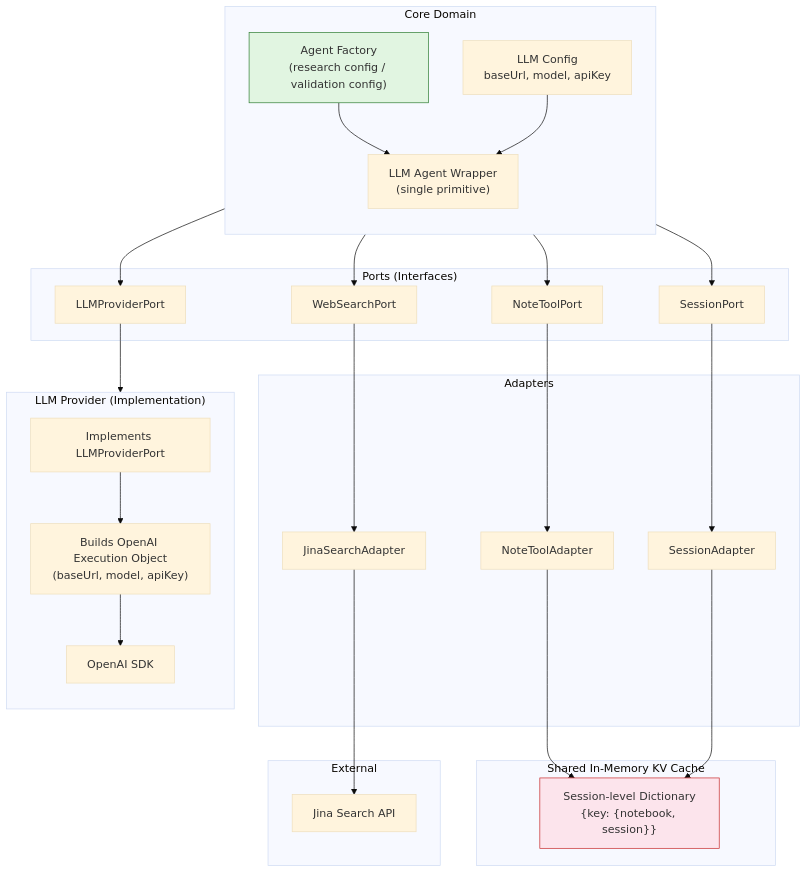
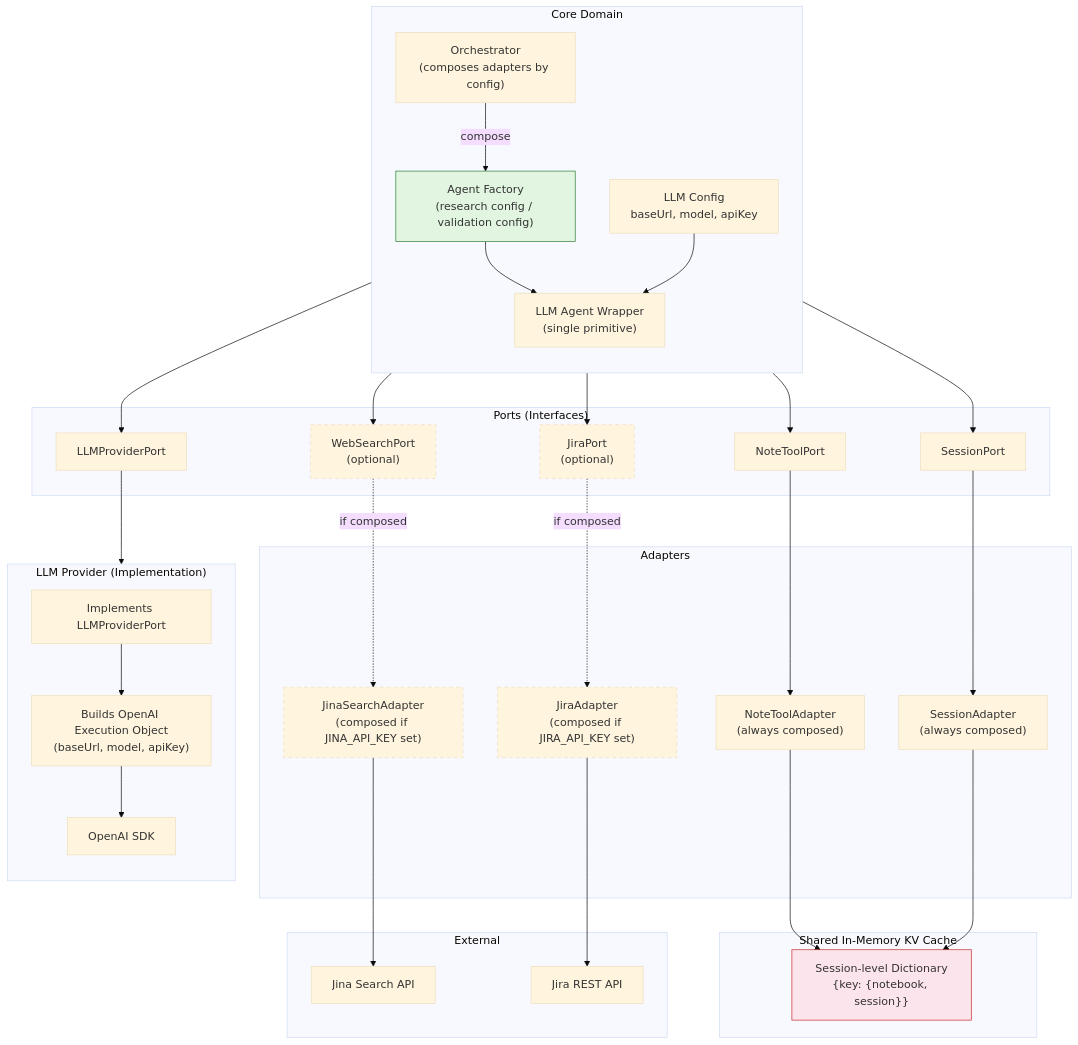
One commit to Glitch-guy0/self-consistency-research-agent changed the fourth of 5 diagrams in _bmad-output/planning-artifacts/architecture-diagrams.md. Above: the diagram before and after it, drawn with Mermaid (base theme). The commit also changed other lines of this file and 1 other file, not shown here.

````diff
--- a/_bmad-output/planning-artifacts/architecture-diagrams.md
+++ b/_bmad-output/planning-artifacts/architecture-diagrams.md
@@ -135,60 +145,72 @@
 ```mermaid
 flowchart TB
     subgraph Ports["Ports (Interfaces)"]
         IP_LM["LLMProviderPort"]
-        IP_Web["WebSearchPort"]
+        IP_Web["WebSearchPort\n(optional)"]
+        IP_Jira["JiraPort\n(optional)"]
         IP_Note["NoteToolPort"]
         IP_Session["SessionPort"]
     end
 
     subgraph CoreHex["Core Domain"]
         direction TB
         Wrapper["LLM Agent Wrapper\n(single primitive)"]
         Factory["Agent Factory\n(research config / validation config)"]
+        Orch["Orchestrator\n(composes adapters by config)"]
         LLMConfig["LLM Config\nbaseUrl, model, apiKey"]
     end
 
     subgraph AdaptersHex["Adapters"]
-        JinaAdapter["JinaSearchAdapter"]
-        NoteAdapter["NoteToolAdapter"]
-        SessionAdapter["SessionAdapter"]
+        JinaAdapter["JinaSearchAdapter\n(composed if JINA_API_KEY set)"]
+        JiraAdapter["JiraAdapter\n(composed if JIRA_API_KEY set)"]
+        NoteAdapter["NoteToolAdapter\n(always composed)"]
+        SessionAdapter["SessionAdapter\n(always composed)"]
     end
 
     subgraph LLM_Impl["LLM Provider (Implementation)"]
         direction TB
         LLM_IF["Implements LLMProviderPort"]
         Builder["Builds OpenAI Execution Object\n(baseUrl, model, apiKey)"]
         SDK["OpenAI SDK"]
     end
 
     subgraph Storage["Shared In-Memory KV Cache"]
         KVCache["Session-level Dictionary\n{key: {notebook, session}}"]
     end
 
     subgraph External["External"]
         JinaAPI["Jina Search API"]
+        JiraExt["Jira REST API"]
     end
 
+    Orch -->|compose| Factory
     Factory --> Wrapper
     Wrapper --> IP_LM
     Wrapper --> IP_Web
+    Wrapper --> IP_Jira
     Wrapper --> IP_Note
     Wrapper --> IP_Session
     LLMConfig --> Wrapper
 
     IP_LM --> LLM_IF
     LLM_IF --> Builder
     Builder --> SDK
 
-    IP_Web --> JinaAdapter
+    IP_Web -.->|if composed| JinaAdapter
+    IP_Jira -.->|if composed| JiraAdapter
     IP_Note --> NoteAdapter
     IP_Session --> SessionAdapter
 
     NoteAdapter --> KVCache
     SessionAdapter --> KVCache
 
     JinaAdapter --> JinaAPI
+    JiraAdapter --> JiraExt
 
     style Factory fill:#e1f5e1,stroke:#2e7d32
     style KVCache fill:#fce4ec,stroke:#c62828
+    style IP_Web stroke-dasharray: 5 5
+    style IP_Jira stroke-dasharray: 5 5
+    style JinaAdapter stroke-dasharray: 5 5
+    style JiraAdapter stroke-dasharray: 5 5
 ```
````
